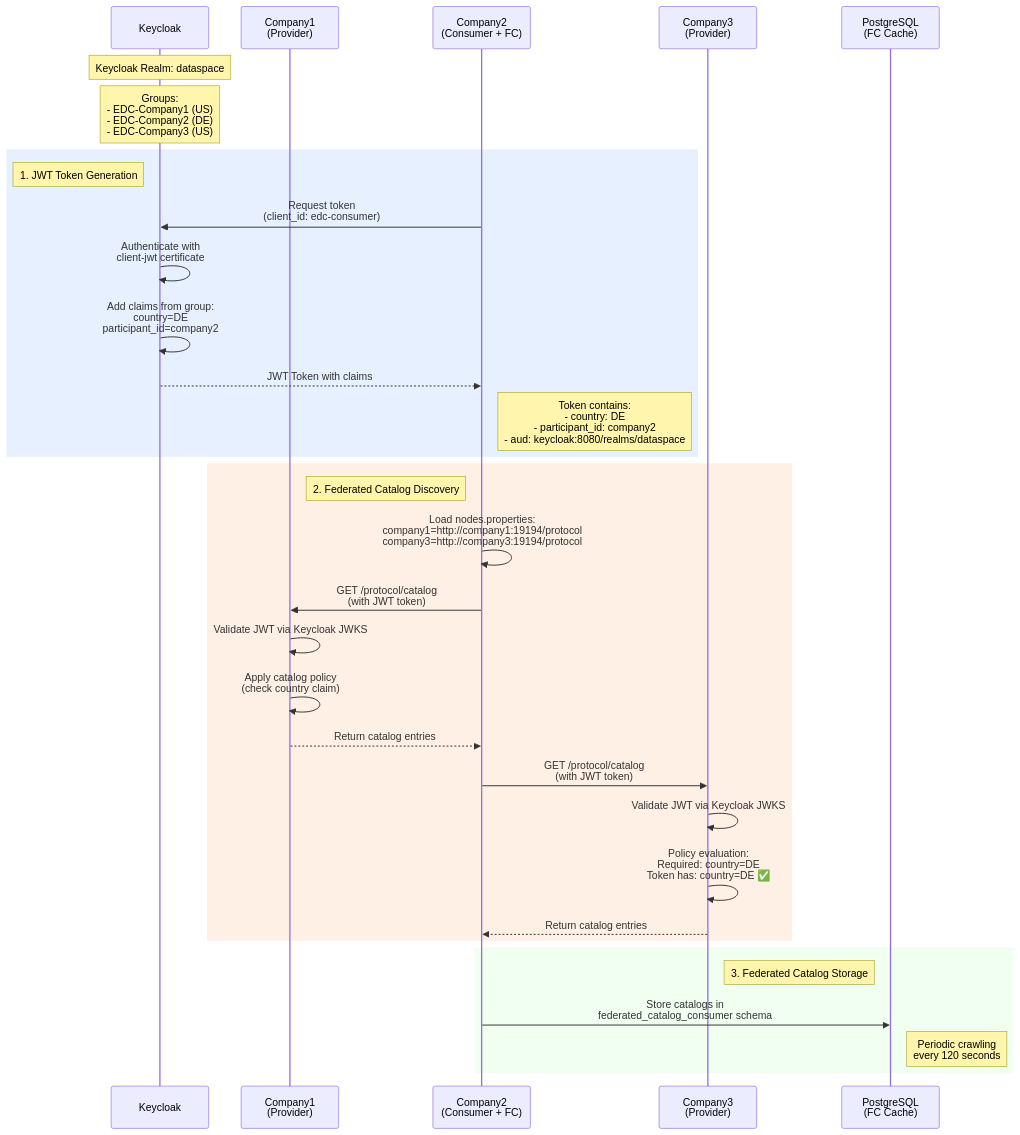
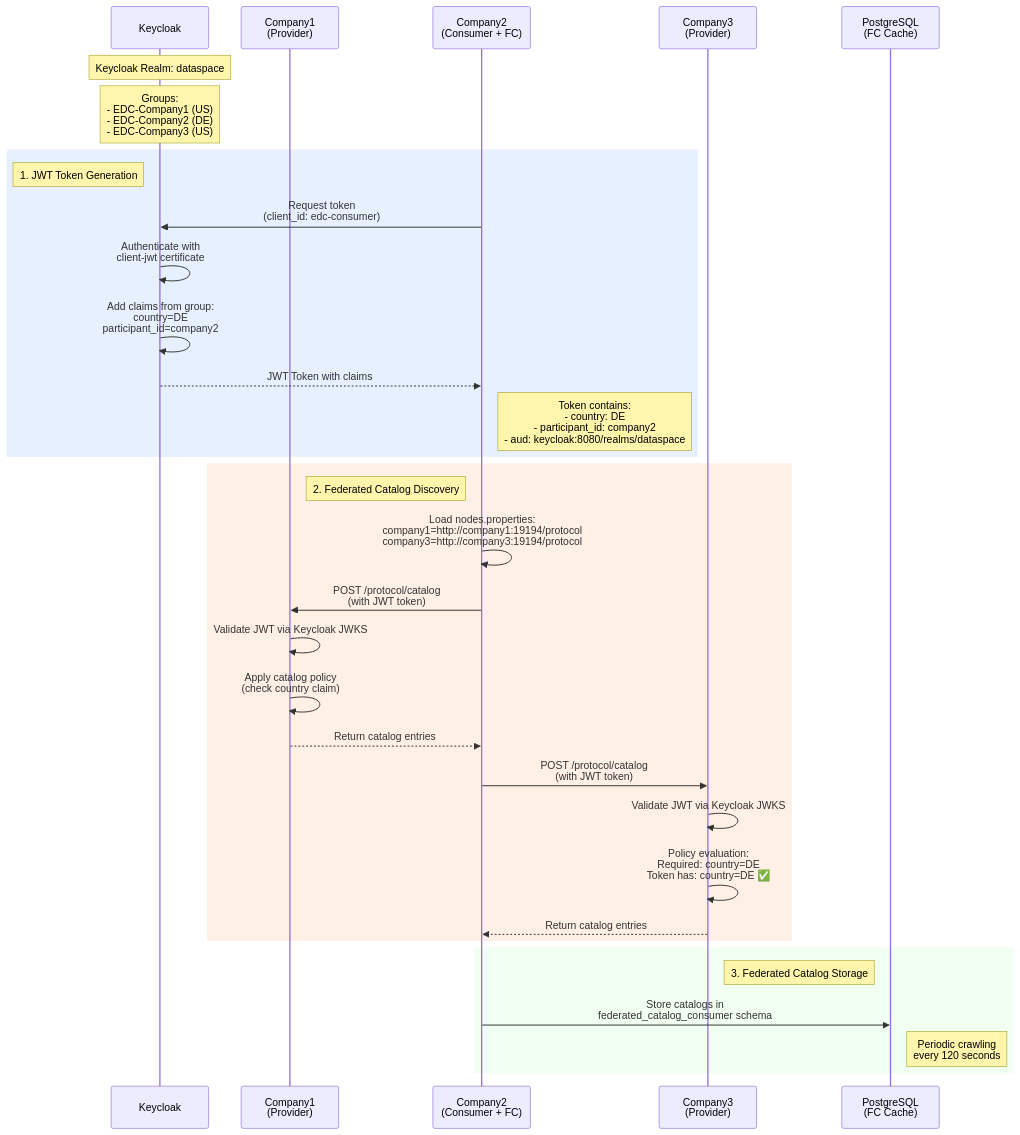
Before and after one commit to Bekzod-svg/MinimumViableDataspace: the first of 3 diagrams in flow.md, drawn with Mermaid.

Commit message:
fix(docs): correct protocol method in sequence diagram

````diff
--- a/flow.md
+++ b/flow.md
@@ -5,41 +5,41 @@
 ```mermaid
 sequenceDiagram
     participant K as Keycloak
     participant C1 as Company1<br/>(Provider)
     participant C2 as Company2<br/>(Consumer + FC)
     participant C3 as Company3<br/>(Provider)
     participant DB as PostgreSQL<br/>(FC Cache)
 
     Note over K: Keycloak Realm: dataspace
     Note over K: Groups:<br/>- EDC-Company1 (US)<br/>- EDC-Company2 (DE)<br/>- EDC-Company3 (US)
 
     rect rgb(230, 240, 255)
         Note left of K: 1. JWT Token Generation
         C2->>K: Request token<br/>(client_id: edc-consumer)
         K->>K: Authenticate with<br/>client-jwt certificate
         K->>K: Add claims from group:<br/>country=DE<br/>participant_id=company2
         K-->>C2: JWT Token with claims
         Note right of C2: Token contains:<br/>- country: DE<br/>- participant_id: company2<br/>- aud: keycloak:8080/realms/dataspace
     end
 
     rect rgb(255, 240, 230)
         Note left of C2: 2. Federated Catalog Discovery
         C2->>C2: Load nodes.properties:<br/>company1=http://company1:19194/protocol<br/>company3=http://company3:19194/protocol
         
-        C2->>C1: GET /protocol/catalog<br/>(with JWT token)
+        C2->>C1: POST /protocol/catalog<br/>(with JWT token)
         C1->>C1: Validate JWT via Keycloak JWKS
         C1->>C1: Apply catalog policy<br/>(check country claim)
         C1-->>C2: Return catalog entries
         
-        C2->>C3: GET /protocol/catalog<br/>(with JWT token)
+        C2->>C3: POST /protocol/catalog<br/>(with JWT token)
         C3->>C3: Validate JWT via Keycloak JWKS
         C3->>C3: Policy evaluation:<br/>Required: country=DE<br/>Token has: country=DE ✅
         C3-->>C2: Return catalog entries
     end
 
     rect rgb(240, 255, 240)
         Note left of DB: 3. Federated Catalog Storage
         C2->>DB: Store catalogs in<br/>federated_catalog_consumer schema
         Note right of DB: Periodic crawling<br/>every 120 seconds
     end
 ```
````
